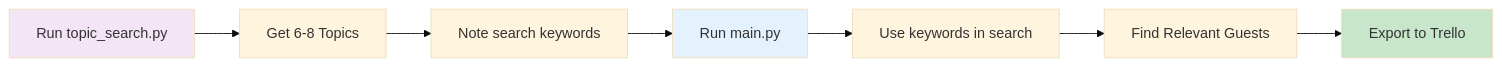
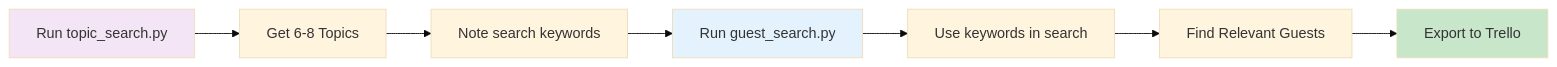
One commit to Joopsnijder/guest_search changed the fourth of 6 diagrams in docs/presentations/agent-functionality/presentation.md. Above: the diagram before and after it, drawn with Mermaid (base theme). The commit also changed other lines of this file and 12 other files, not shown here.

First line of the commit message:
refactor: Rename main.py to guest_search.py for consistency

````diff
--- a/docs/presentations/agent-functionality/presentation.md
+++ b/docs/presentations/agent-functionality/presentation.md
@@ -248,13 +248,13 @@
 ```mermaid
 graph LR
     A[Run topic_search.py] --> B[Get 6-8 Topics]
     B --> C[Note search keywords]
-    C --> D[Run main.py]
+    C --> D[Run guest_search.py]
     D --> E[Use keywords in search]
     E --> F[Find Relevant Guests]
     F --> G[Export to Trello]
 
     style A fill:#f3e5f5
     style D fill:#e3f2fd
     style G fill:#c8e6c9
 ```
````
